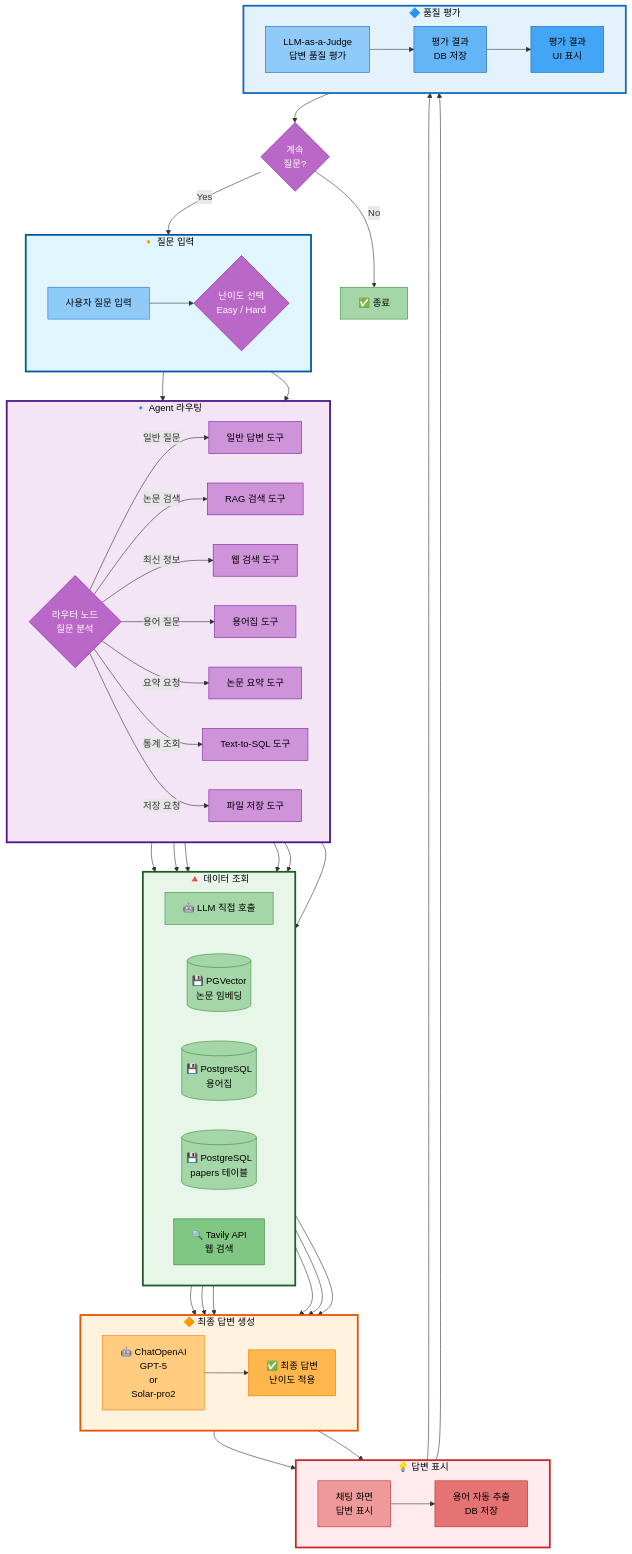
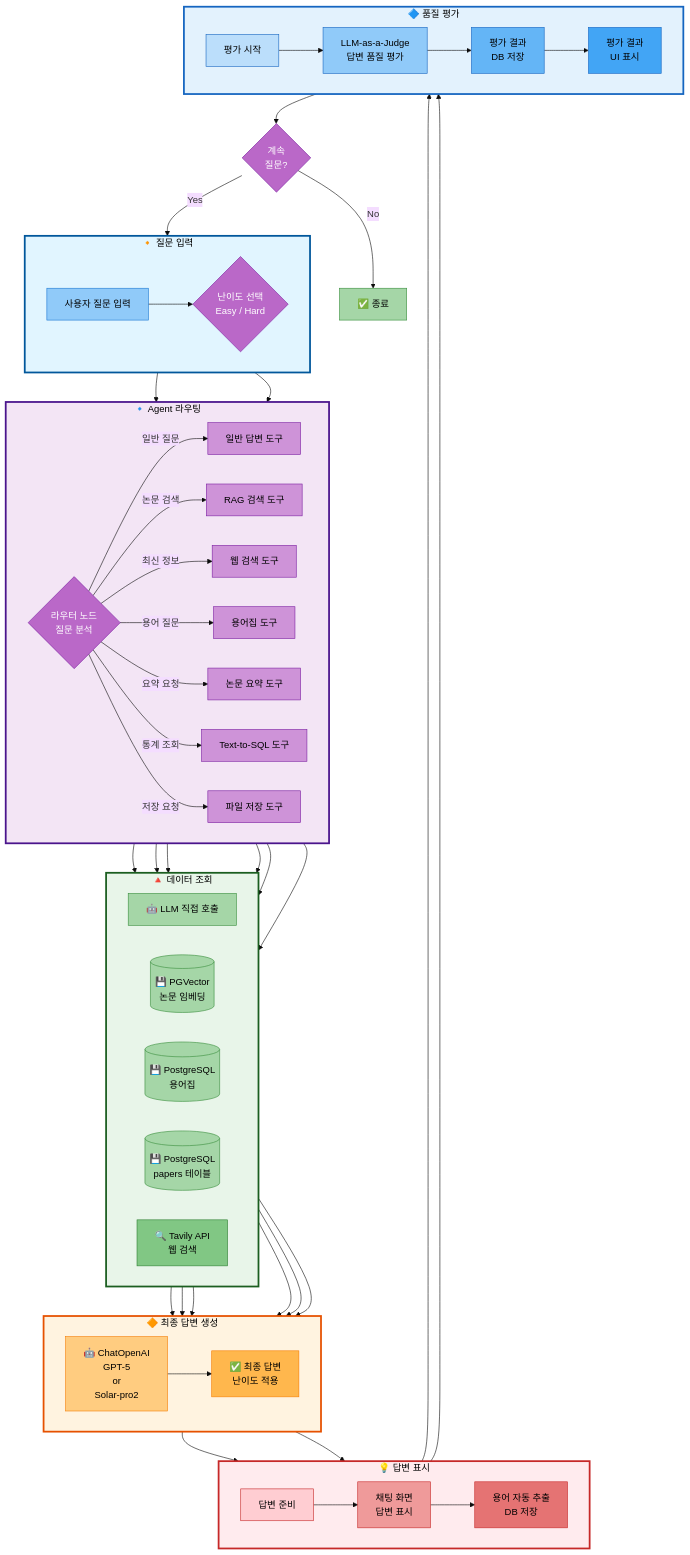
One commit to AIBootcamp14/langchainproject-new-langchainproject_5 changed the second of 3 diagrams in docs/modularization/01_프로젝트_구조.md. Above: the diagram before and after it, drawn with Mermaid.

Commit message:
docs: 사용자 질문 처리 흐름 다이어그램 가독성 개선
- 전체 다이어그램 배경색 추가 (#fafafa)
- 답변 표시/품질 평가 subgraph 내부 노드 가로 배치 명확화
- DispStart, EvalStart 노드 추가로 각 단계 시작점 명시
- 노드 간 연결 흐름 개선 (Answer → DispStart, SaveTerms → EvalStart)

````diff
--- a/docs/modularization/01_프로젝트_구조.md
+++ b/docs/modularization/01_프로젝트_구조.md
@@ -117,4 +117,5 @@
 ```mermaid
+%%{init: {'theme':'base', 'themeVariables': { 'mainBkg':'#fafafa', 'primaryBorderColor':'#666'}}}%%
 graph TB
     subgraph Input["🔸 질문 입력"]
         direction LR
@@ -154,13 +155,13 @@
 
     subgraph Display["💡 답변 표시"]
         direction LR
-        Answer --> ShowAnswer[채팅 화면<br/>답변 표시]
+        DispStart[답변 준비] --> ShowAnswer[채팅 화면<br/>답변 표시]
         ShowAnswer --> SaveTerms[용어 자동 추출<br/>DB 저장]
     end
 
     subgraph Evaluation["🔷 품질 평가"]
         direction LR
-        SaveTerms --> EvalAnswer[LLM-as-a-Judge<br/>답변 품질 평가]
+        EvalStart[평가 시작] --> EvalAnswer[LLM-as-a-Judge<br/>답변 품질 평가]
         EvalAnswer --> SaveEval[평가 결과<br/>DB 저장]
         SaveEval --> ShowEval[평가 결과<br/>UI 표시]
     end
@@ -170,7 +171,9 @@
     AgentProcessing --> DataRetrieval
     DataRetrieval --> ResponseGen
     ResponseGen --> Display
+    Answer --> DispStart
     Display --> Evaluation
+    SaveTerms --> EvalStart
     ShowEval --> Continue{계속<br/>질문?}
     Continue -->|Yes| Input
     Continue -->|No| End[✅ 종료]
@@ -209,10 +212,12 @@
     style Answer fill:#ffb74d,stroke:#f57c00,color:#000
 
     %% 노드 스타일 (답변 표시 - 빨강 계열)
+    style DispStart fill:#ffcdd2,stroke:#c62828,color:#000
     style ShowAnswer fill:#ef9a9a,stroke:#c62828,color:#000
     style SaveTerms fill:#e57373,stroke:#c62828,color:#000
 
     %% 노드 스타일 (품질 평가 - 파랑 계열)
+    style EvalStart fill:#bbdefb,stroke:#1565c0,color:#000
     style EvalAnswer fill:#90caf9,stroke:#1565c0,color:#000
     style SaveEval fill:#64b5f6,stroke:#1565c0,color:#000
     style ShowEval fill:#42a5f5,stroke:#1565c0,color:#000
````
